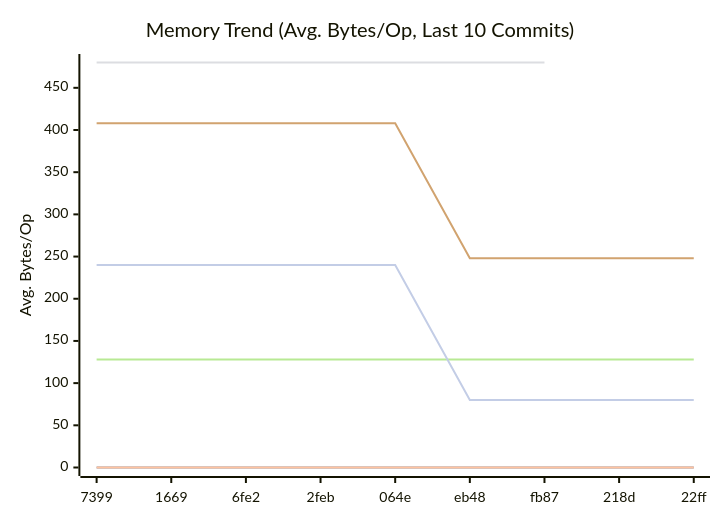
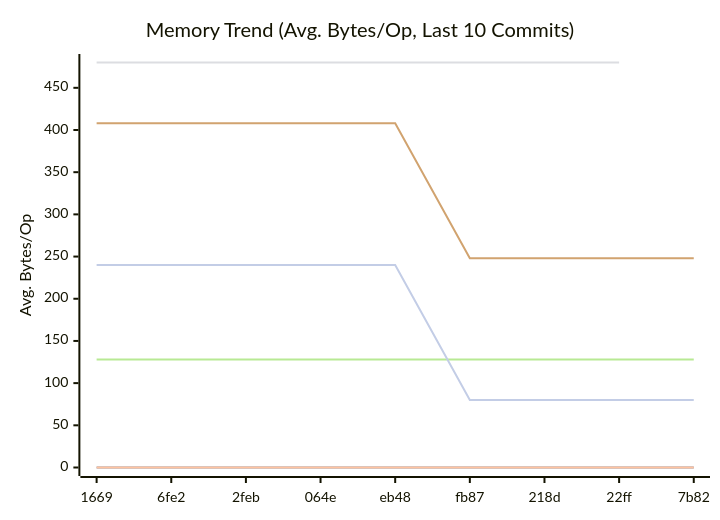
The second of 3 diagrams in doc/README.md (alsotoes/momo), drawn with Mermaid before and after one commit. The commit also changed other lines of this file and 1 other file, not shown here.

````diff
--- a/doc/README.md
+++ b/doc/README.md
@@ -311,14 +311,14 @@
 ```mermaid
 xychart-beta
     title "Memory Trend (Avg. Bytes/Op, Last 10 Commits)"
     x-axis "Commit"
     y-axis "Avg. Bytes/Op"
-    x-axis [7399,1669,6fe2,2feb,064e,eb48,fb87,218d,22ff]
+    x-axis [1669,6fe2,2feb,064e,eb48,fb87,218d,22ff,7b82]
     line "CheckMetricsAndSwap" [0,0,0,0,0,0,0,0,0,0]
     line "IndexDirectTracking" [0,0,0,0,0,0,0,0,0,0]
     line "IndexSearch" [0,0,0,0,0,0,0,0,0,0]
-    line "LoadGlobalConfig" [480,480,480,480,480,480,480]
+    line "LoadGlobalConfig" [480,480,480,480,480,480,480,480]
     line "PadString" [128,128,128,128,128,128,128,128,128,128]
     line "ParseReplicationOrder_NoPrealloc" [408,408,408,408,408,248,248,248,248,248]
     line "ParseReplicationOrder_Prealloc" [240,240,240,240,240,80,80,80,80,80]
 ```
````
